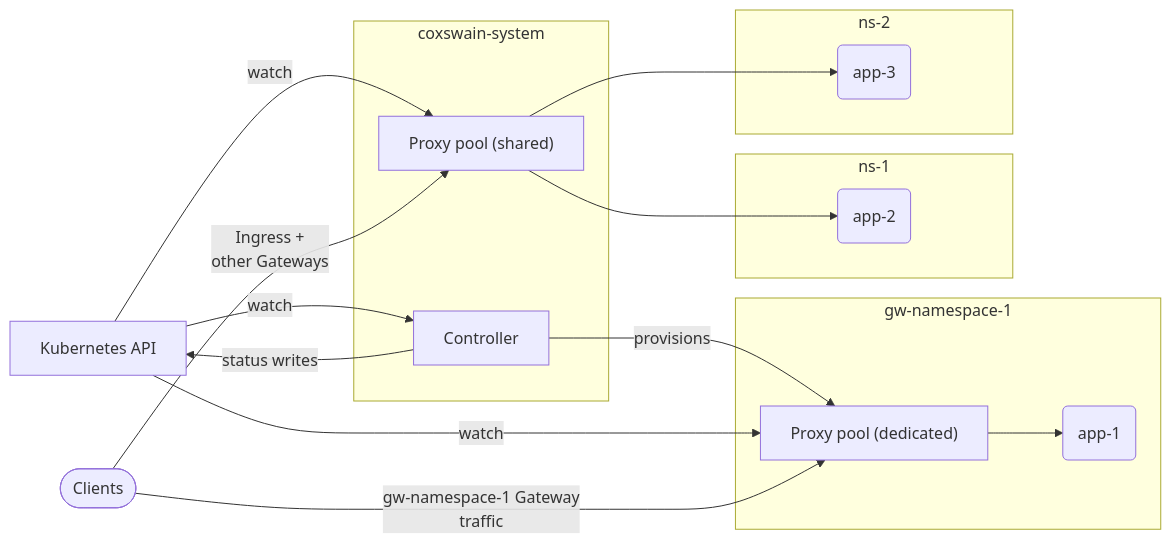
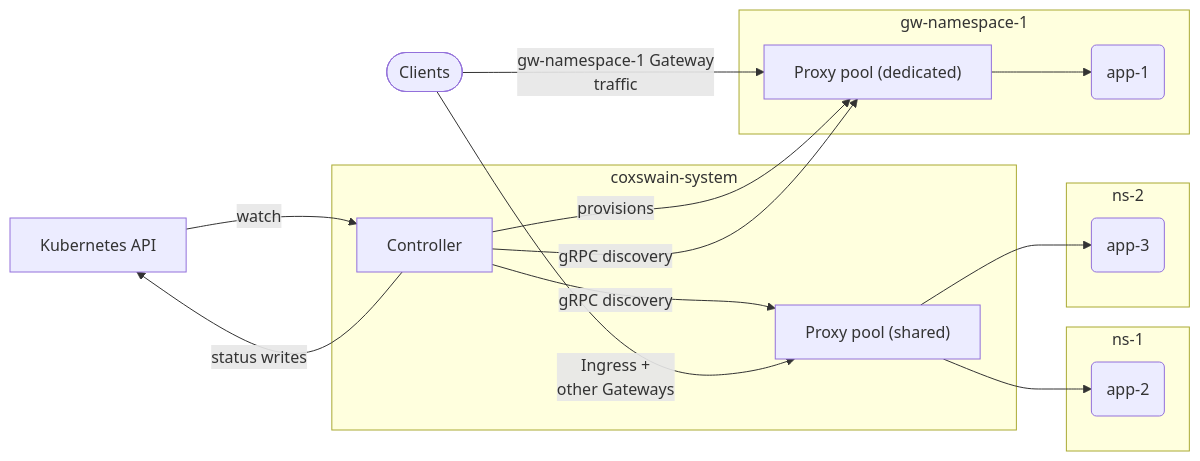
The fourth of 6 diagrams in docs/src/architecture.md (coxswain-labs/coxswain), drawn with Mermaid before and after one commit. The commit also changed other lines of this file and 15 other files, not shown here.

````diff
--- a/docs/src/architecture.md
+++ b/docs/src/architecture.md
@@ -134,33 +154,32 @@
 ```mermaid
 flowchart LR
     K8s[Kubernetes API]
 
     subgraph cs[coxswain-system]
         C[Controller]
         SP["Proxy pool (shared)"]
     end
 
     subgraph ns[gw-namespace-1]
         GP["Proxy pool (dedicated)"]
         A1(app-1)
     end
 
     subgraph n1[ns-1]
         A2(app-2)
     end
 
     subgraph n2[ns-2]
         A3(app-3)
     end
 
     K8s -->|watch| C
     C -->|status writes| K8s
     C -->|provisions| GP
-    K8s -->|watch| SP
-    K8s -->|watch| GP
+    C -->|gRPC discovery| SP & GP
 
     Clients([Clients]) -->|Ingress +\nother Gateways| SP
     Clients -->|gw-namespace-1 Gateway\ntraffic| GP
     SP --> A2 & A3
     GP --> A1
 ```
````
